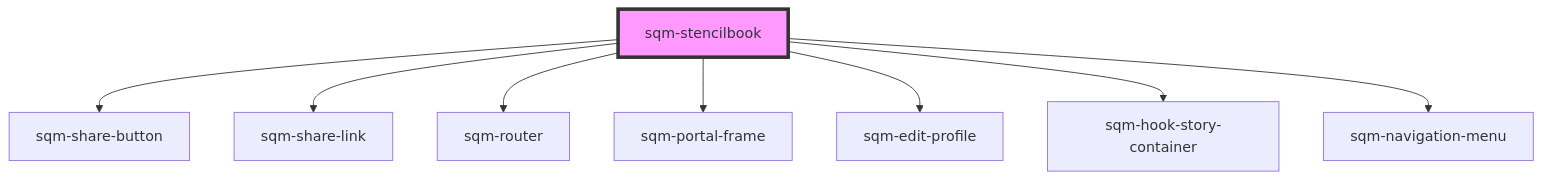
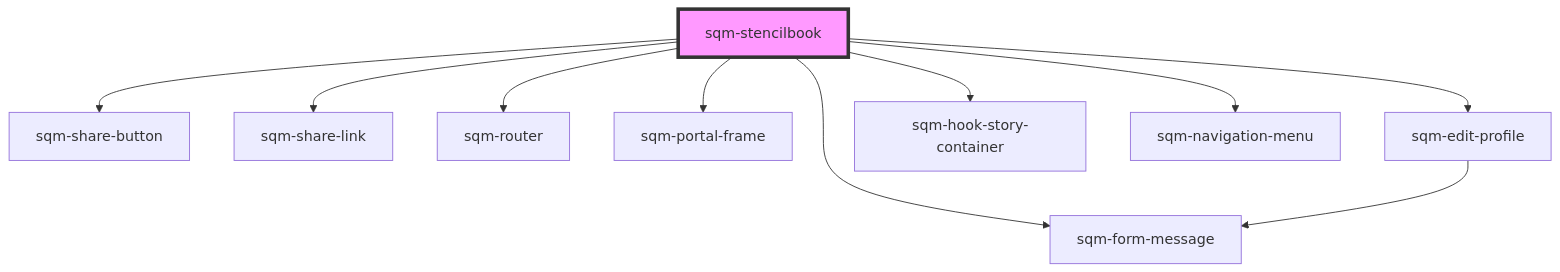
The diagram in packages/mint-components/src/components/sqm-stencilbook/readme.md (saasquatch/program-tools), drawn with Mermaid before and after one commit. The commit also changed other lines of this file and 3 other files, not shown here.

Commit message:
Add error message to edit profile

````diff
--- a/packages/mint-components/src/components/sqm-stencilbook/readme.md
+++ b/packages/mint-components/src/components/sqm-stencilbook/readme.md
@@ -21,11 +22,13 @@
 ```mermaid
 graph TD;
   sqm-stencilbook --> sqm-share-button
   sqm-stencilbook --> sqm-share-link
   sqm-stencilbook --> sqm-router
   sqm-stencilbook --> sqm-portal-frame
   sqm-stencilbook --> sqm-edit-profile
   sqm-stencilbook --> sqm-hook-story-container
   sqm-stencilbook --> sqm-navigation-menu
+  sqm-stencilbook --> sqm-form-message
+  sqm-edit-profile --> sqm-form-message
   style sqm-stencilbook fill:#f9f,stroke:#333,stroke-width:4px
 ```
````
